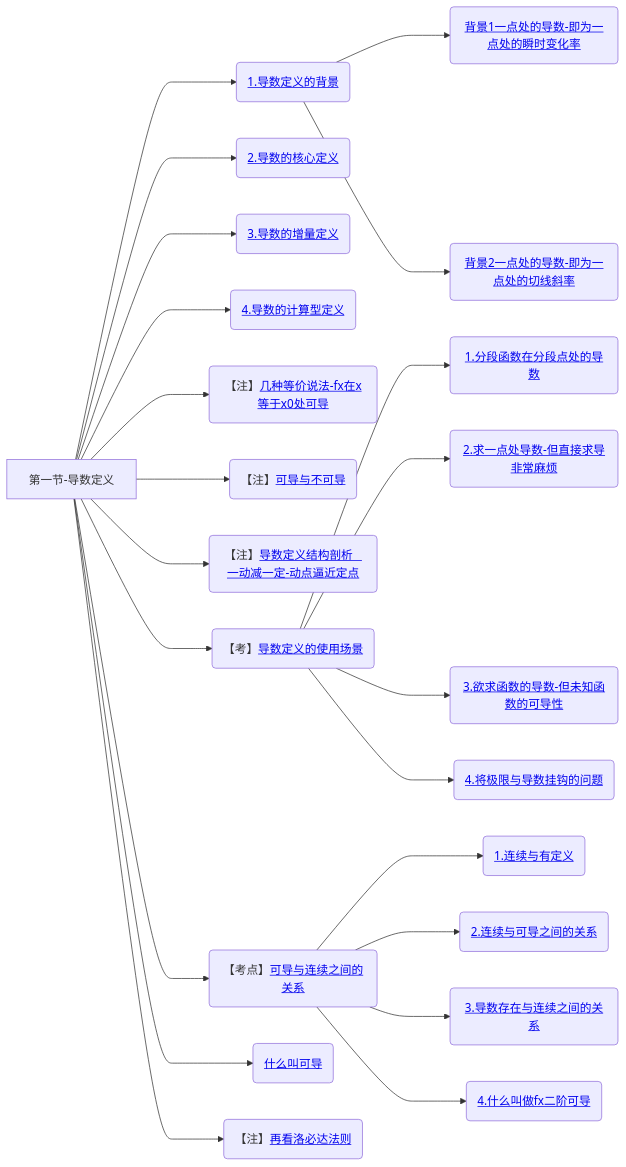
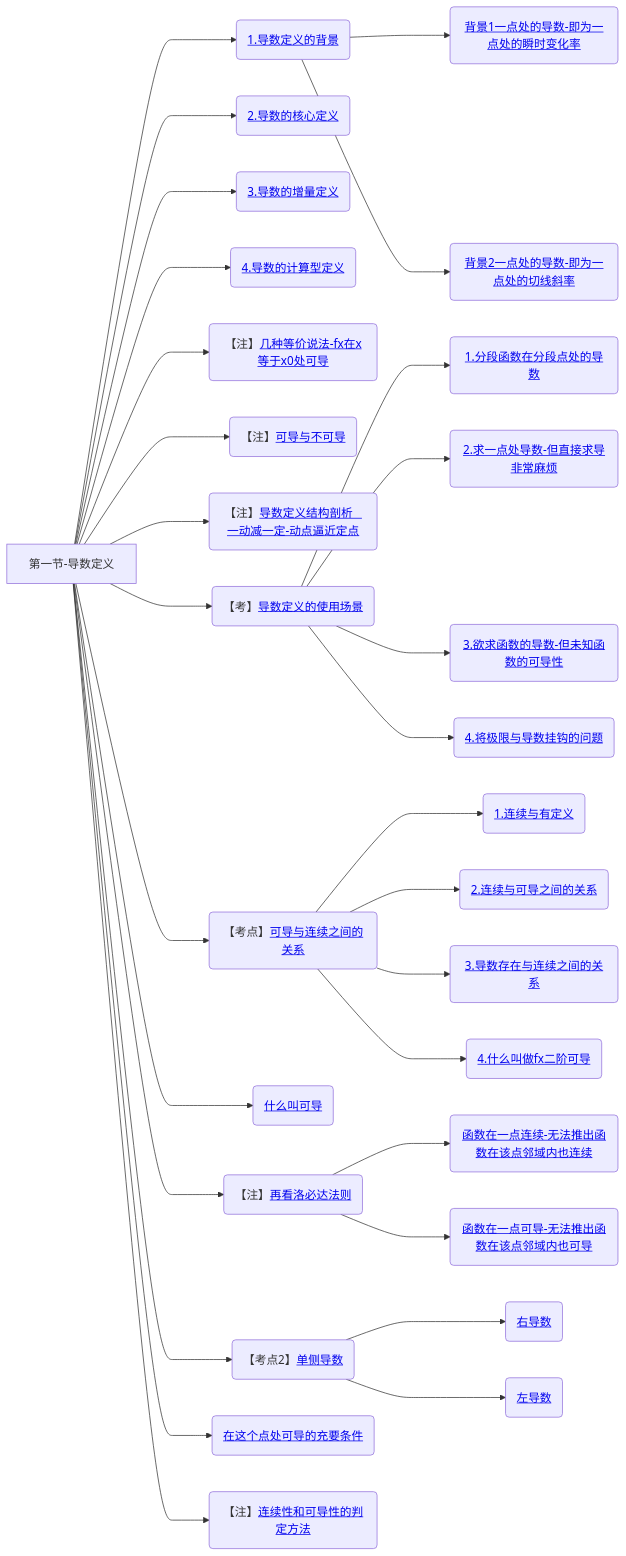
Diagram 11 of 11 in 笔记/数学/周洋鑫/01.基础班思维导图.md (yuebinghui/note), drawn with Mermaid before and after one commit. The commit also changed 3 other files, not shown here.

````diff
--- a/笔记/数学/周洋鑫/01.基础班思维导图.md
+++ b/笔记/数学/周洋鑫/01.基础班思维导图.md
@@ -401,31 +401,40 @@
 ```mermaid
 graph LR
 第一节-导数定义
 
 第一节-导数定义--->1.导数定义的背景(<a href="/Users/yuebinghui/Documents/program/github/note/笔记/数学/周洋鑫/基础班/10.连续与间断_导数定义_1.md#1.导数定义的背景">1.导数定义的背景</>)
 1.导数定义的背景--->背景1一点处的导数-即为一点处的瞬时变化率(<a href="/Users/yuebinghui/Documents/program/github/note/笔记/数学/周洋鑫/基础班/10.连续与间断_导数定义_1.md#背景1一点处的导数-即为一点处的瞬时变化率">背景1一点处的导数-即为一点处的瞬时变化率</>)
 1.导数定义的背景--->背景2一点处的导数-即为一点处的切线斜率(<a href="/Users/yuebinghui/Documents/program/github/note/笔记/数学/周洋鑫/基础班/10.连续与间断_导数定义_1.md#背景2一点处的导数-即为一点处的切线斜率">背景2一点处的导数-即为一点处的切线斜率</>)
 
 第一节-导数定义--->2.导数的核心定义(<a href="/Users/yuebinghui/Documents/program/github/note/笔记/数学/周洋鑫/基础班/10.连续与间断_导数定义_1.md#2.导数的核心定义">2.导数的核心定义</>)
 第一节-导数定义--->3.导数的增量定义(<a href="/Users/yuebinghui/Documents/program/github/note/笔记/数学/周洋鑫/基础班/10.连续与间断_导数定义_1.md#3.导数的增量定义">3.导数的增量定义</>)
 第一节-导数定义--->4.导数的计算型定义(<a href="/Users/yuebinghui/Documents/program/github/note/笔记/数学/周洋鑫/基础班/10.连续与间断_导数定义_1.md#4.导数的计算型定义">4.导数的计算型定义</>)
 
 第一节-导数定义--->几种等价说法-fx在x等于x0处可导(【注】<a href="/Users/yuebinghui/Documents/program/github/note/笔记/数学/周洋鑫/基础班/10.连续与间断_导数定义_1.md#几种等价说法-fx在x等于x0处可导">几种等价说法-fx在x等于x0处可导</>)
 第一节-导数定义--->可导与不可导(【注】<a href="/Users/yuebinghui/Documents/program/github/note/笔记/数学/周洋鑫/基础班/10.连续与间断_导数定义_1.md#可导与不可导">可导与不可导</>)
 第一节-导数定义--->导数定义结构剖析-一动减一定-动点逼近定点(【注】<a href="/Users/yuebinghui/Documents/program/github/note/笔记/数学/周洋鑫/基础班/10.连续与间断_导数定义_1.md#导数定义结构剖析-一动减一定-动点逼近定点">导数定义结构剖析   一动减一定-动点逼近定点</>)
 
 第一节-导数定义--->导数定义的使用场景(【考】<a href="/Users/yuebinghui/Documents/program/github/note/笔记/数学/周洋鑫/基础班/10.连续与间断_导数定义_1.md#导数定义的使用场景">导数定义的使用场景</>)
 导数定义的使用场景--->1.分段函数在分段点处的导数(<a href="/Users/yuebinghui/Documents/program/github/note/笔记/数学/周洋鑫/基础班/10.连续与间断_导数定义_1.md#1.分段函数在分段点处的导数">1.分段函数在分段点处的导数</>)
 导数定义的使用场景--->2.求一点处导数-但直接求导非常麻烦(<a href="/Users/yuebinghui/Documents/program/github/note/笔记/数学/周洋鑫/基础班/10.连续与间断_导数定义_1.md#2.求一点处导数-但直接求导非常麻烦">2.求一点处导数-但直接求导非常麻烦</>)
 导数定义的使用场景--->3.欲求函数的导数-但未知函数的可导性(<a href="/Users/yuebinghui/Documents/program/github/note/笔记/数学/周洋鑫/基础班/10.连续与间断_导数定义_1.md#3.欲求函数的导数-但未知函数的可导性">3.欲求函数的导数-但未知函数的可导性</>)
 导数定义的使用场景--->4.将极限与导数挂钩的问题(<a href="/Users/yuebinghui/Documents/program/github/note/笔记/数学/周洋鑫/基础班/10.连续与间断_导数定义_1.md#4.将极限与导数挂钩的问题">4.将极限与导数挂钩的问题</>)
 
 第一节-导数定义--->可导与连续之间的关系(【考点】<a href="/Users/yuebinghui/Documents/program/github/note/笔记/数学/周洋鑫/基础班/10.连续与间断_导数定义_1.md#可导与连续之间的关系">可导与连续之间的关系</>)
 可导与连续之间的关系--->1.连续与有定义(<a href="/Users/yuebinghui/Documents/program/github/note/笔记/数学/周洋鑫/基础班/10.连续与间断_导数定义_1.md#1.连续与有定义">1.连续与有定义</>)
 可导与连续之间的关系--->2.连续与可导之间的关系(<a href="/Users/yuebinghui/Documents/program/github/note/笔记/数学/周洋鑫/基础班/10.连续与间断_导数定义_1.md#2.连续与可导之间的关系">2.连续与可导之间的关系</>)
 可导与连续之间的关系--->3.导数存在与连续之间的关系(<a href="/Users/yuebinghui/Documents/program/github/note/笔记/数学/周洋鑫/基础班/10.连续与间断_导数定义_1.md#3.导数存在与连续之间的关系">3.导数存在与连续之间的关系</>)
 可导与连续之间的关系--->4.什么叫做fx二阶可导(<a href="/Users/yuebinghui/Documents/program/github/note/笔记/数学/周洋鑫/基础班/10.连续与间断_导数定义_1.md#4.什么叫做fx二阶可导">4.什么叫做fx二阶可导</>)
 
 第一节-导数定义--->什么叫可导(<a href="/Users/yuebinghui/Documents/program/github/note/笔记/数学/周洋鑫/基础班/11.导数定义_2.md#什么叫可导">什么叫可导</>)
 第一节-导数定义--->再看洛必达法则(【注】<a href="/Users/yuebinghui/Documents/program/github/note/笔记/数学/周洋鑫/基础班/11.导数定义_2.md#再看洛必达法则">再看洛必达法则</>)
+再看洛必达法则--->函数在一点连续-无法推出函数在该点邻域内也连续(<a href="/Users/yuebinghui/Documents/program/github/note/笔记/数学/周洋鑫/基础班/11.导数定义_2.md#函数在一点连续-无法推出函数在该点邻域内也连续">函数在一点连续-无法推出函数在该点邻域内也连续</>)
+再看洛必达法则--->函数在一点可导-无法推出函数在该点邻域内也可导(<a href="/Users/yuebinghui/Documents/program/github/note/笔记/数学/周洋鑫/基础班/11.导数定义_2.md#函数在一点可导-无法推出函数在该点邻域内也可导">函数在一点可导-无法推出函数在该点邻域内也可导</>)
+
+第一节-导数定义--->单侧导数(【考点2】<a href="/Users/yuebinghui/Documents/program/github/note/笔记/数学/周洋鑫/基础班/11.导数定义_2.md#单侧导数">单侧导数</>)
+单侧导数--->右导数(<a href="/Users/yuebinghui/Documents/program/github/note/笔记/数学/周洋鑫/基础班/11.导数定义_2.md#右导数">右导数</>)
+单侧导数--->左导数(<a href="/Users/yuebinghui/Documents/program/github/note/笔记/数学/周洋鑫/基础班/11.导数定义_2.md#左导数">左导数</>)
+
+第一节-导数定义--->在这个点处可导的充要条件(<a href="/Users/yuebinghui/Documents/program/github/note/笔记/数学/周洋鑫/基础班/11.导数定义_2.md#在这个点处可导的充要条件">在这个点处可导的充要条件</>)
+第一节-导数定义--->连续性和可导性的判定方法(【注】<a href="/Users/yuebinghui/Documents/program/github/note/笔记/数学/周洋鑫/基础班/11.导数定义_2.md#连续性和可导性的判定方法">连续性和可导性的判定方法</>)
 ```
````
